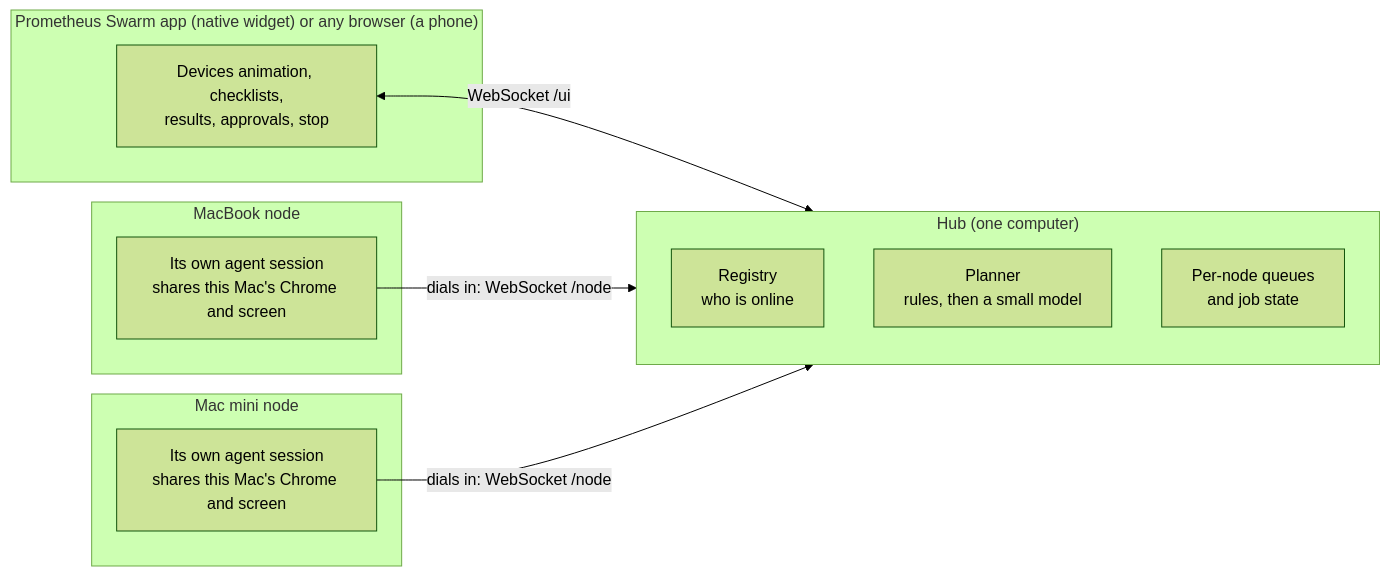
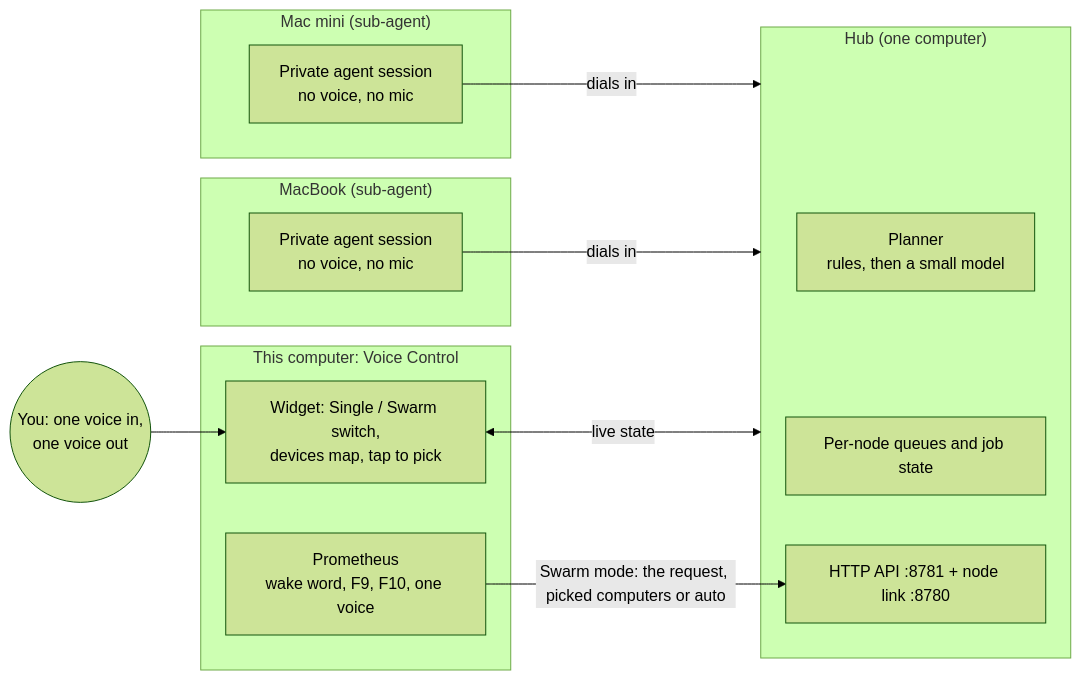
The fifth of 5 diagrams in DESIGN.md (siddh30/prometheus-voice-control), drawn with Mermaid (forest theme) before and after one commit. The commit also changed other lines of this file and 20 other files, not shown here.

First line of the commit message:
Swarm is a mode of the one app: Single / Swarm switch, auto or pick the computers

````diff
--- a/DESIGN.md
+++ b/DESIGN.md
@@ -273,20 +271,23 @@
 ```mermaid
 flowchart LR
-    subgraph Dash["Prometheus Swarm app (native widget) or any browser (a phone)"]
-        D[Devices animation, checklists,<br/>results, approvals, stop]
+    You((You: one voice in,<br/>one voice out)) --> W
+    subgraph Here["This computer: Voice Control"]
+        W[Widget: Single / Swarm switch,<br/>devices map, tap to pick]
+        P[Prometheus<br/>wake word, F9, F10, one voice]
     end
     subgraph Hub["Hub (one computer)"]
-        REG[Registry<br/>who is online]
         PL[Planner<br/>rules, then a small model]
-        Q[Per-node queues<br/>and job state]
+        Q[Per-node queues and job state]
+        API[HTTP API :8781 + node link :8780]
     end
-    subgraph N1["MacBook node"]
-        A1[Its own agent session<br/>shares this Mac's Chrome and screen]
+    subgraph N1["MacBook (sub-agent)"]
+        A1[Private agent session<br/>no voice, no mic]
     end
-    subgraph N2["Mac mini node"]
-        A2[Its own agent session<br/>shares this Mac's Chrome and screen]
+    subgraph N2["Mac mini (sub-agent)"]
+        A2[Private agent session<br/>no voice, no mic]
     end
-    D <-- WebSocket /ui --> Hub
-    A1 -- dials in: WebSocket /node --> Hub
-    A2 -- dials in: WebSocket /node --> Hub
+    P -- Swarm mode: the request, picked computers or auto --> API
+    W <-- live state --> Hub
+    A1 -- dials in --> Hub
+    A2 -- dials in --> Hub
 ```
````
